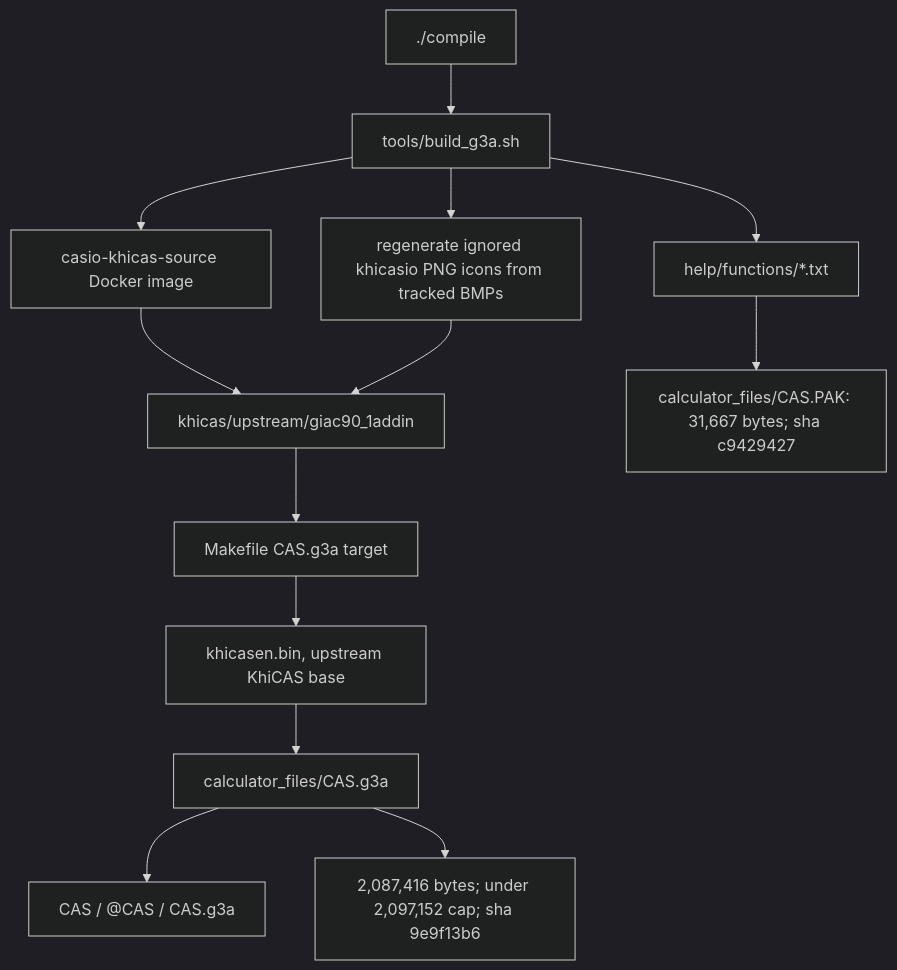
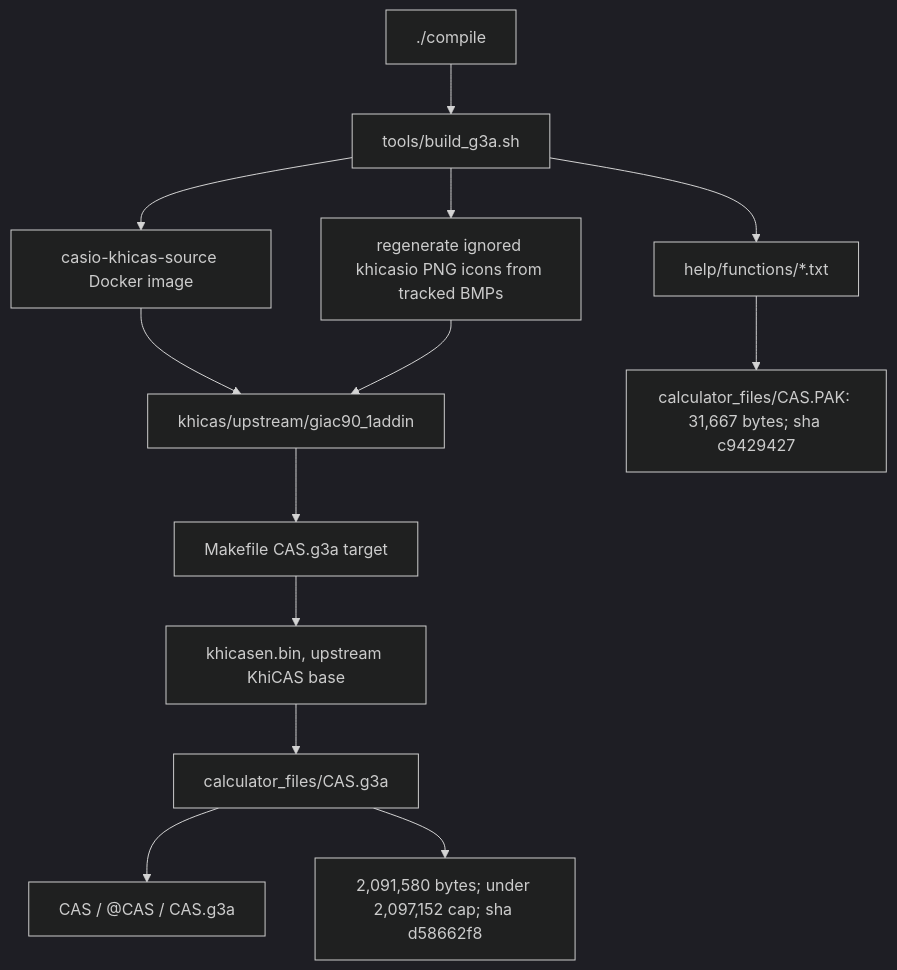
Before and after one commit to james8464/notes-addin-casio-fx-cg50: the first of 6 diagrams in docs/GRAPH.md, drawn with Mermaid (dark theme). The commit also changed other lines of this file and 4 other files, not shown here.

````diff
--- a/docs/GRAPH.md
+++ b/docs/GRAPH.md
@@ -7,15 +7,15 @@
 ```mermaid
 graph TD
   Compile["./compile"] --> Build["tools/build_g3a.sh"]
   Build --> Docker["casio-khicas-source Docker image"]
   Docker --> Src["khicas/upstream/giac90_1addin"]
   Build --> Icons["regenerate ignored khicasio PNG icons from tracked BMPs"]
   Icons --> Src
   Src --> Make["Makefile CAS.g3a target"]
   Make --> Bin["khicasen.bin, upstream KhiCAS base"]
   Bin --> G3A["calculator_files/CAS.g3a"]
   Build --> Help["help/functions/*.txt"]
   Help --> PAK["calculator_files/CAS.PAK: 31,667 bytes; sha c9429427"]
   G3A --> Meta["CAS / @CAS / CAS.g3a"]
-  G3A --> Size["2,087,416 bytes; under 2,097,152 cap; sha 9e9f13b6"]
+  G3A --> Size["2,091,580 bytes; under 2,097,152 cap; sha d58662f8"]
 ```
````
